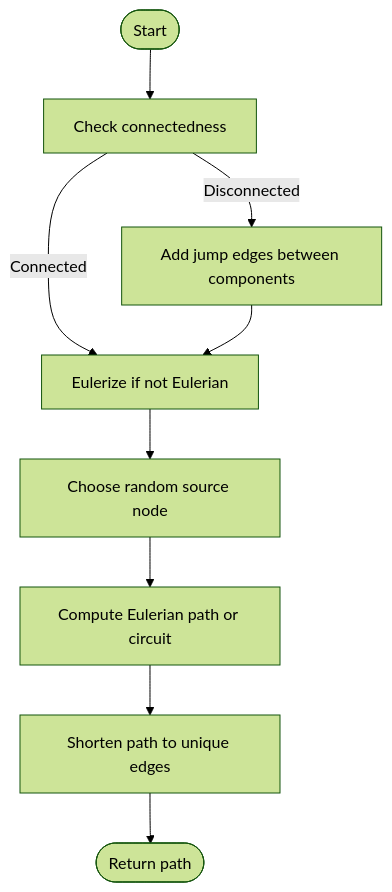
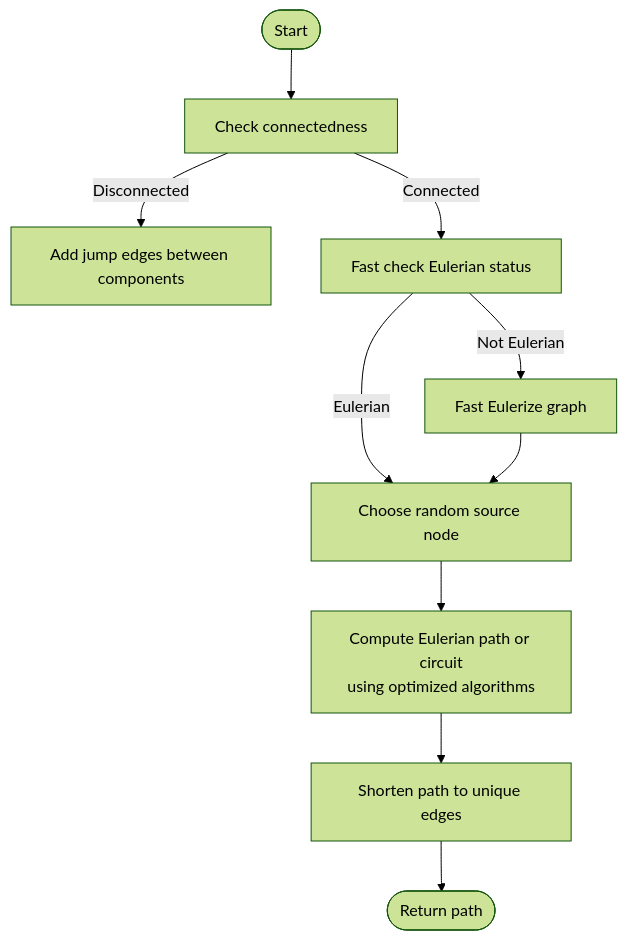
One commit to alibaba/graph-gpt changed the third of 6 diagrams in .qoder/repowiki/en/content/Tokenization System/Eulerian Path Conversion.md. Above: the diagram before and after it, drawn with Mermaid (forest theme). The commit also changed other lines of this file and 2 other files, not shown here.

Commit message:
use AI to implement fast and optimal version of nx.eulerize

````diff
--- a/.qoder/repowiki/en/content/Tokenization System/Eulerian Path Conversion.md
+++ b/.qoder/repowiki/en/content/Tokenization System/Eulerian Path Conversion.md
@@ -159,11 +177,12 @@
 ```mermaid
 flowchart TD
 Start(["Start"]) --> CheckConn["Check connectedness"]
 CheckConn --> |Disconnected| Connect["Add jump edges between components"]
-CheckConn --> |Connected| Eulerize["Eulerize if not Eulerian"]
-Connect --> Eulerize
-Eulerize --> ChooseSrc["Choose random source node"]
-ChooseSrc --> Traverse["Compute Eulerian path or circuit"]
-Traverse --> Shorten["Shorten path to unique edges"]
+CheckConn --> |Connected| FastCheck["Fast check Eulerian status"]
+FastCheck --> |Not Eulerian| FastEulerize["Fast Eulerize graph"]
+FastCheck --> |Eulerian| ChooseSrc["Choose random source node"]
+FastEulerize --> ChooseSrc
+ChooseSrc --> FastTraverse["Compute Eulerian path or circuit<br/>using optimized algorithms"]
+FastTraverse --> Shorten["Shorten path to unique edges"]
 Shorten --> Out(["Return path"])
 ```
````
